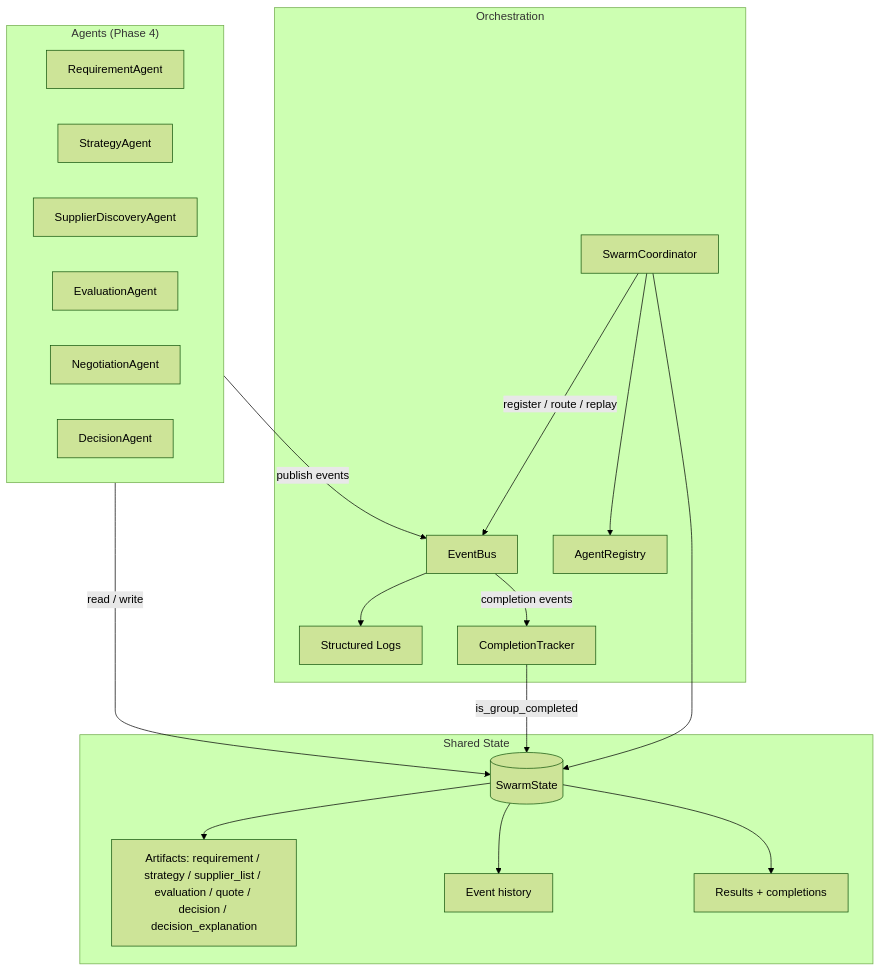
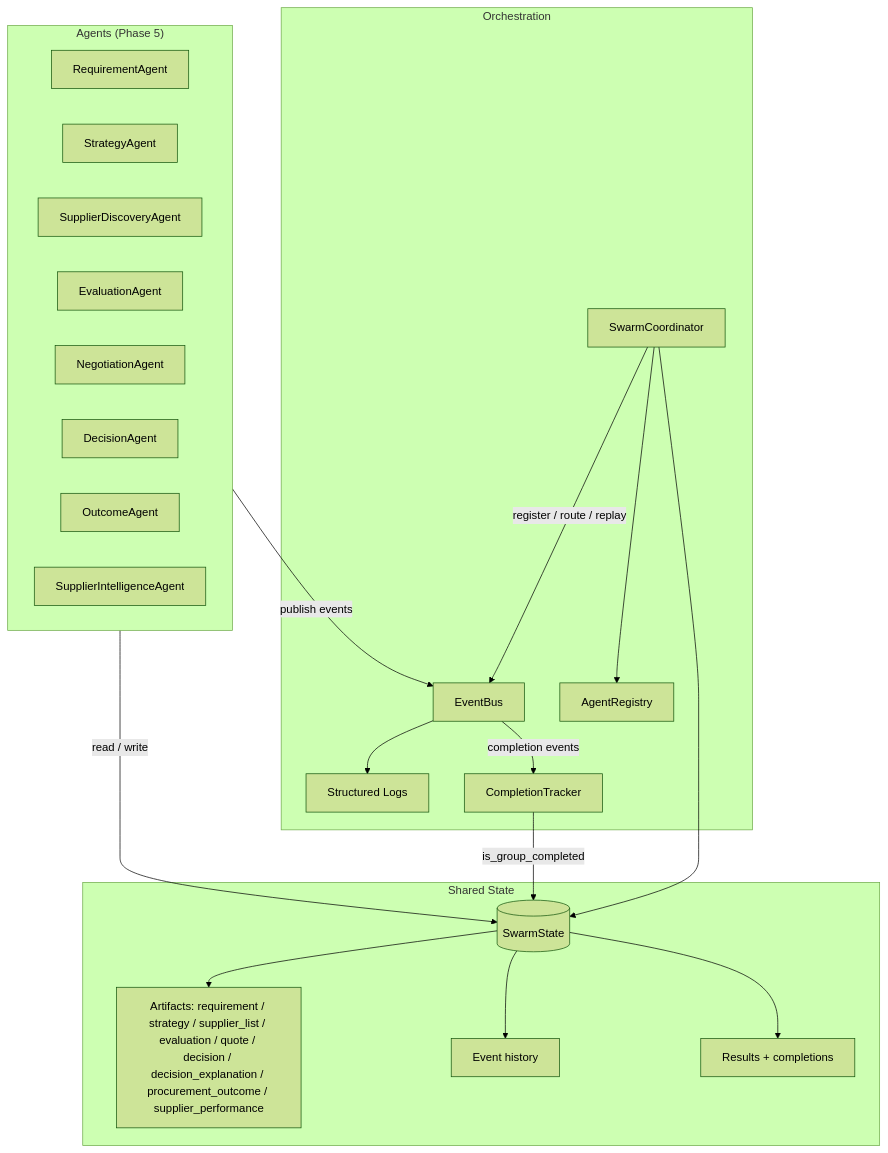
Before and after one commit to aragit/autonomous-procurement-swarm: the first of 2 diagrams in docs/swarm-architecture.md, drawn with Mermaid (forest theme). The commit also changed other lines of this file and 18 other files, not shown here.

First line of the commit message:
Phase 5: deterministic supplier intelligence + outcome feedback loop

````diff
--- a/docs/swarm-architecture.md
+++ b/docs/swarm-architecture.md
@@ -17,38 +18,40 @@
 ```mermaid
 flowchart TB
-    subgraph Agents["Agents (Phase 4)"]
+    subgraph Agents["Agents (Phase 5)"]
         RA[RequirementAgent]
         SA[StrategyAgent]
         SDA[SupplierDiscoveryAgent]
         EA[EvaluationAgent]
         NA[NegotiationAgent]
         DA[DecisionAgent]
+        OA[OutcomeAgent]
+        SIA[SupplierIntelligenceAgent]
     end
 
     subgraph Orchestration["Orchestration"]
         C[SwarmCoordinator]
         B[EventBus]
         R[AgentRegistry]
         L[Structured Logs]
         CT[CompletionTracker]
     end
 
     subgraph State["Shared State"]
         A[(SwarmState)]
-        AR[Artifacts: requirement / strategy / supplier_list / evaluation / quote / decision / decision_explanation]
+        AR[Artifacts: requirement / strategy / supplier_list / evaluation / quote / decision / decision_explanation / procurement_outcome / supplier_performance]
         EV[Event history]
         RS[Results + completions]
     end
 
     C -->|register / route / replay| B
     C --> R
     C --> A
     B --> L
     Agents -->|publish events| B
     Agents -->|read / write| A
     A --> AR
     A --> EV
     A --> RS
     B -->|completion events| CT
     CT -->|is_group_completed| A
 ```
````
